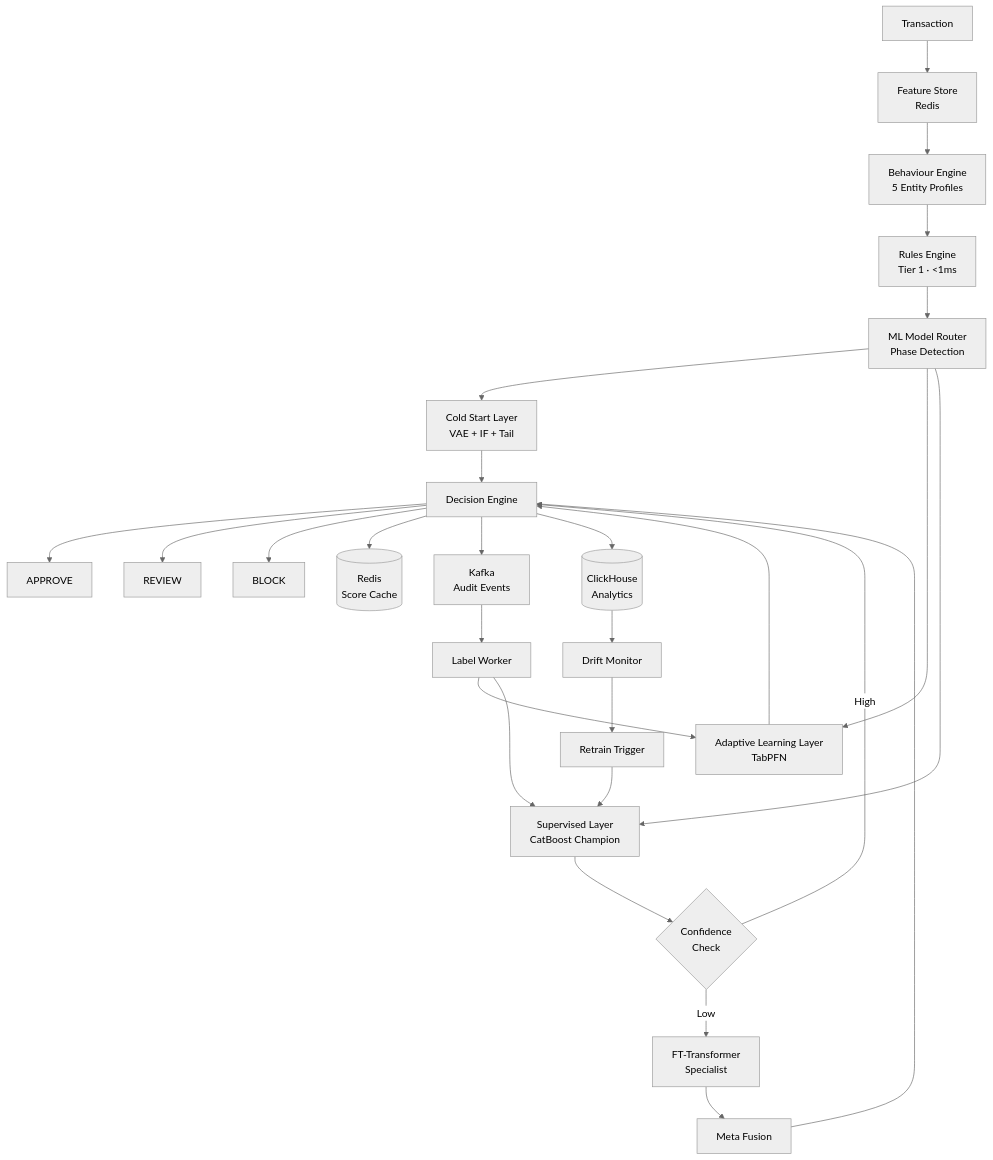
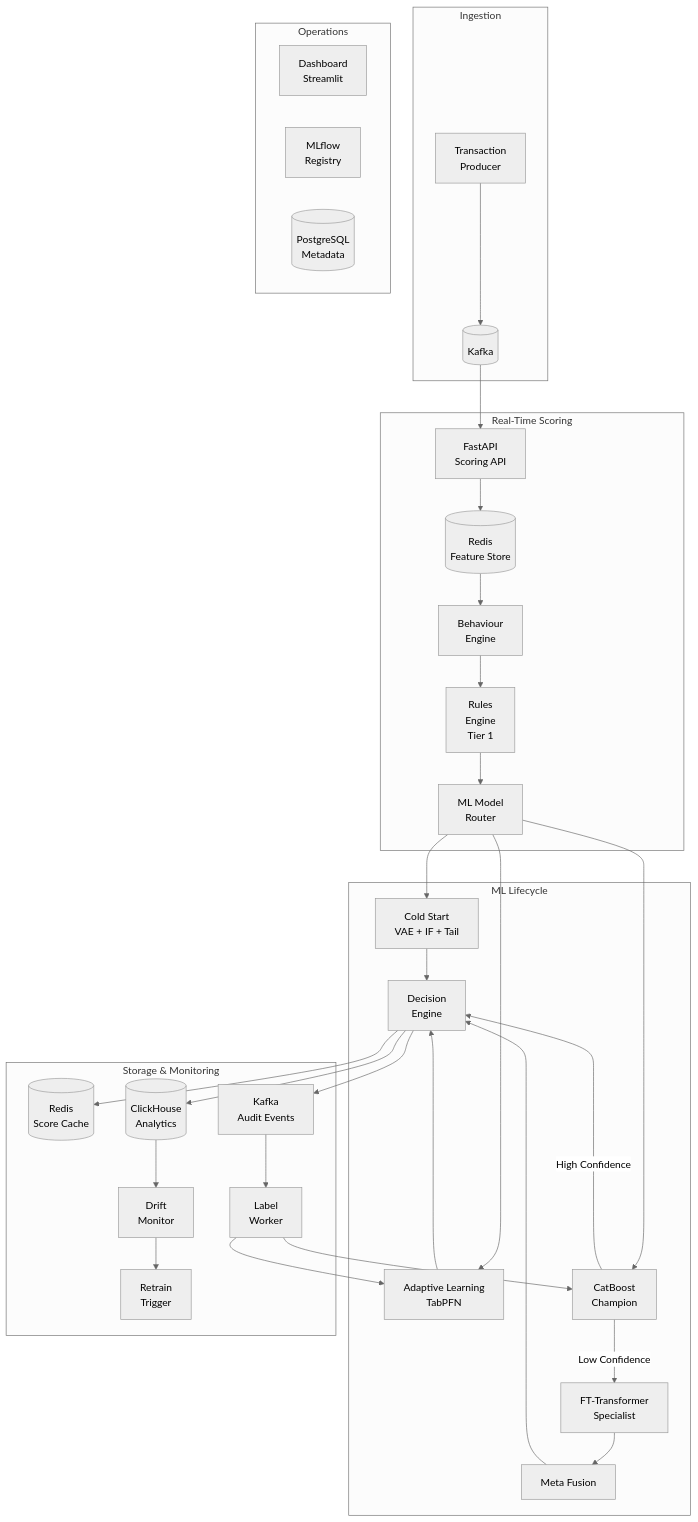
One commit to Tadeni00/RiskLens changed the second of 7 diagrams in README.md. Above: the diagram before and after it, drawn with Mermaid (neutral theme). The commit also changed other lines of this file and 5 other files, not shown here.

````diff
--- a/README.md
+++ b/README.md
@@ -67,36 +173,61 @@
 ```mermaid
-graph TD
-    TXN[Transaction] --> FE[Feature Store<br/>Redis]
-    FE --> BE[Behaviour Engine<br/>5 Entity Profiles]
-    BE --> RE[Rules Engine<br/>Tier 1 · &lt;1ms]
-    RE --> MR[ML Model Router<br/>Phase Detection]
-    
-    MR --> CS[Cold Start Layer<br/>VAE + IF + Tail]
-    MR --> AL[Adaptive Learning Layer<br/>TabPFN]
-    MR --> SV[Supervised Layer<br/>CatBoost Champion]
-    
-    SV --> CE{Confidence<br/>Check}
-    CE -->|High| DEC[Decision Engine]
-    CE -->|Low| FT[FT-Transformer<br/>Specialist]
-    FT --> MF[Meta Fusion]
-    MF --> DEC
-    
-    CS --> DEC
-    AL --> DEC
-    
-    DEC --> APPROVE[APPROVE]
-    DEC --> REVIEW[REVIEW]
-    DEC --> BLOCK[BLOCK]
-    
-    DEC --> REDIS[(Redis<br/>Score Cache)]
-    DEC --> KAFKA[Kafka<br/>Audit Events]
-    DEC --> CH[(ClickHouse<br/>Analytics)]
-    
-    KAFKA --> LABELS[Label Worker]
-    LABELS --> AL
-    LABELS --> SV
-    
-    CH --> DRIFT[Drift Monitor]
-    DRIFT --> RETRAIN[Retrain Trigger]
-    RETRAIN --> SV
+graph TB
+    subgraph "Ingestion"
+        TXN[Transaction<br/>Producer]
+        KAFKA[(Kafka)]
+        TXN --> KAFKA
+    end
+
+    subgraph "Real-Time Scoring"
+        API[FastAPI<br/>Scoring API]
+        KAFKA --> API
+
+        FS[(Redis<br/>Feature Store)]
+        API --> FS
+
+        BE[Behaviour<br/>Engine]
+        FS --> BE
+
+        RE[Rules<br/>Engine<br/>Tier 1]
+        BE --> RE
+
+        MR[ML Model<br/>Router]
+        RE --> MR
+    end
+
+    subgraph "ML Lifecycle"
+        CS[Cold Start<br/>VAE + IF + Tail]
+        AL[Adaptive Learning<br/>TabPFN]
+        CB[CatBoost<br/>Champion]
+        FT[FT-Transformer<br/>Specialist]
+        MF[Meta Fusion]
+
+        MR --> CS
+        MR --> AL
+        MR --> CB
+
+        CB -->|Low Confidence| FT
+        FT --> MF
+        MF --> DEC[Decision<br/>Engine]
+        CB -->|High Confidence| DEC
+        CS --> DEC
+        AL --> DEC
+    end
+
+    subgraph "Storage & Monitoring"
+        DEC --> REDIS[(Redis<br/>Score Cache)]
+        DEC --> KAFKA2[Kafka<br/>Audit Events]
+        DEC --> CH[(ClickHouse<br/>Analytics)]
+        KAFKA2 --> LW[Label<br/>Worker]
+        LW --> AL
+        LW --> CB
+        CH --> DRIFT[Drift<br/>Monitor]
+        DRIFT --> RETRAIN[Retrain<br/>Trigger]
+    end
+
+    subgraph "Operations"
+        DASH[Dashboard<br/>Streamlit]
+        MLFLOW[MLflow<br/>Registry]
+        PG[(PostgreSQL<br/>Metadata)]
+    end
 ```
````
